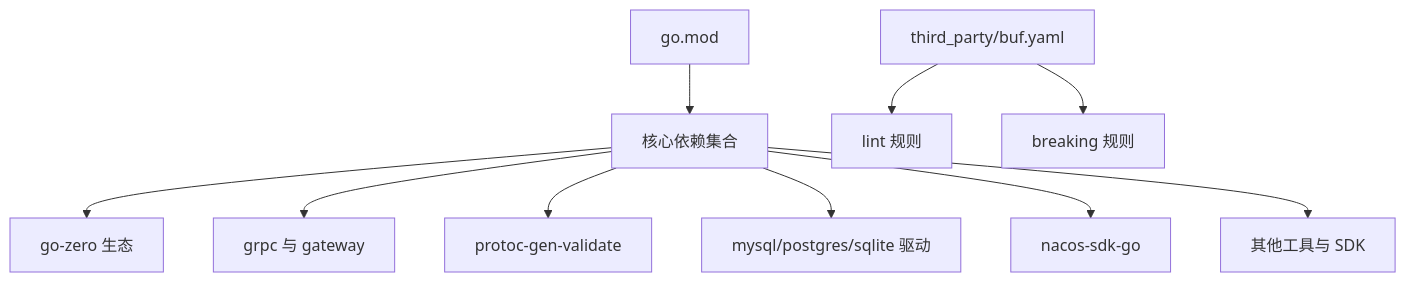
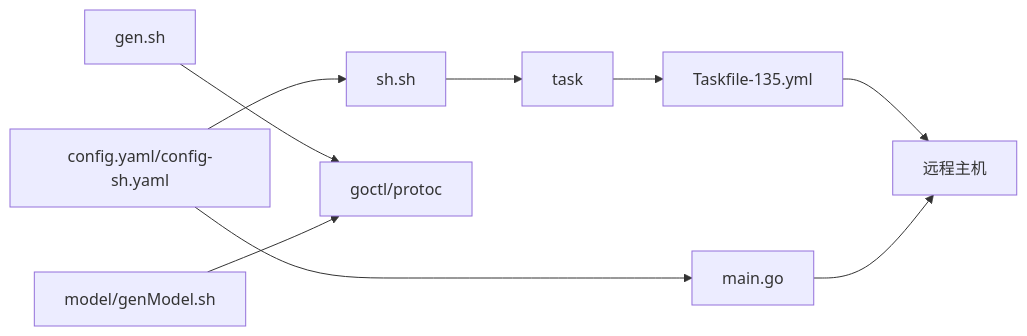
Before and after one commit to maomao94/zero-service: the sixth of 6 diagrams in .qoder/repowiki/zh/content/开发指南/代码生成工具.md, drawn with Mermaid. The commit also changed other lines of this file and 362 other files, not shown here.

````diff
--- a/.qoder/repowiki/zh/content/开发指南/代码生成工具.md
+++ b/.qoder/repowiki/zh/content/开发指南/代码生成工具.md
@@ -322,12 +304,11 @@
 ```mermaid
-graph TB
-MOD["go.mod"] --> Core["核心依赖集合"]
-Core --> Zero["go-zero 生态"]
-Core --> Grpc["grpc 与 gateway"]
-Core --> Validate["protoc-gen-validate"]
-Core --> DB["mysql/postgres/sqlite 驱动"]
-Core --> Nacos["nacos-sdk-go"]
-Core --> Others["其他工具与 SDK"]
-TP["third_party/buf.yaml"] --> Lint["lint 规则"]
-TP --> Break["breaking 规则"]
+graph LR
+CFG["config.yaml/config-sh.yaml"] --> MAIN["main.go"]
+CFG --> SH["sh.sh"]
+SH --> TASK["task"]
+TASK --> TF["Taskfile-135.yml"]
+TF --> REM["远程主机"]
+MAIN --> REM
+GEN["gen.sh"] --> GOCTL["goctl/protoc"]
+MODEL["model/genModel.sh"] --> GOCTL
 ```
````
